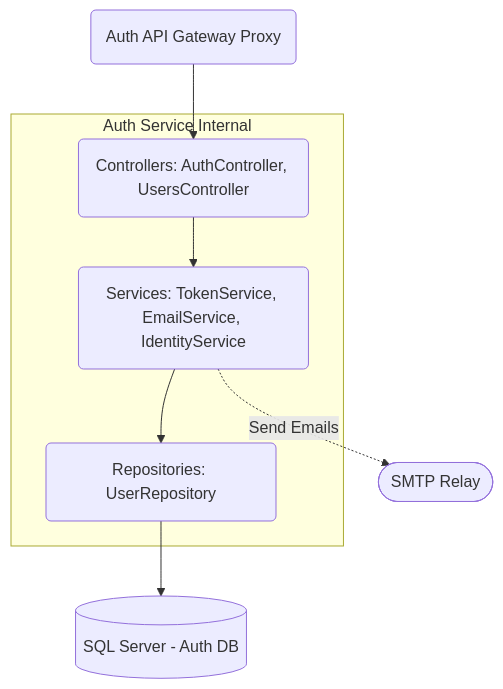
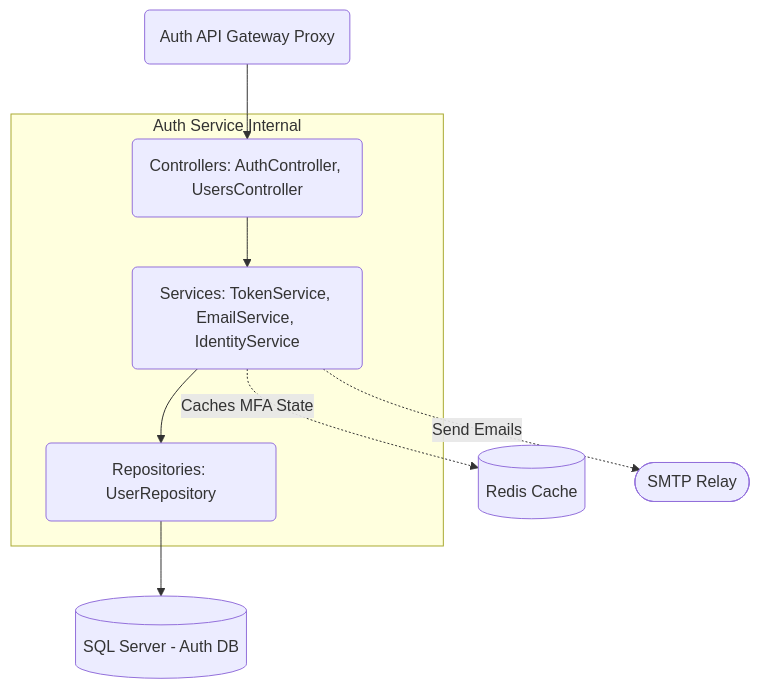
Diagram 13 of 16 in CapShop/docs/SystemArchitecture.md (Kundan12218014/FastTrack-CapShop), drawn with Mermaid before and after one commit. The commit also changed other lines of this file and 95 other files, not shown here.

````diff
--- a/CapShop/docs/SystemArchitecture.md
+++ b/CapShop/docs/SystemArchitecture.md
@@ -488,16 +504,17 @@
 ```mermaid
 flowchart TD
     API(Auth API Gateway Proxy)
-    
+
     subgraph AuthService[Auth Service Internal]
         C(Controllers: AuthController, UsersController)
         S(Services: TokenService, EmailService, IdentityService)
         R(Repositories: UserRepository)
         C --> S
         S --> R
     end
-    
+
     API --> C
     R --> DB[(SQL Server - Auth DB)]
+    S -.->|Caches MFA State| Redis[(Redis Cache)]
     S -.->|Send Emails| SMTP([SMTP Relay])
 ```
````
